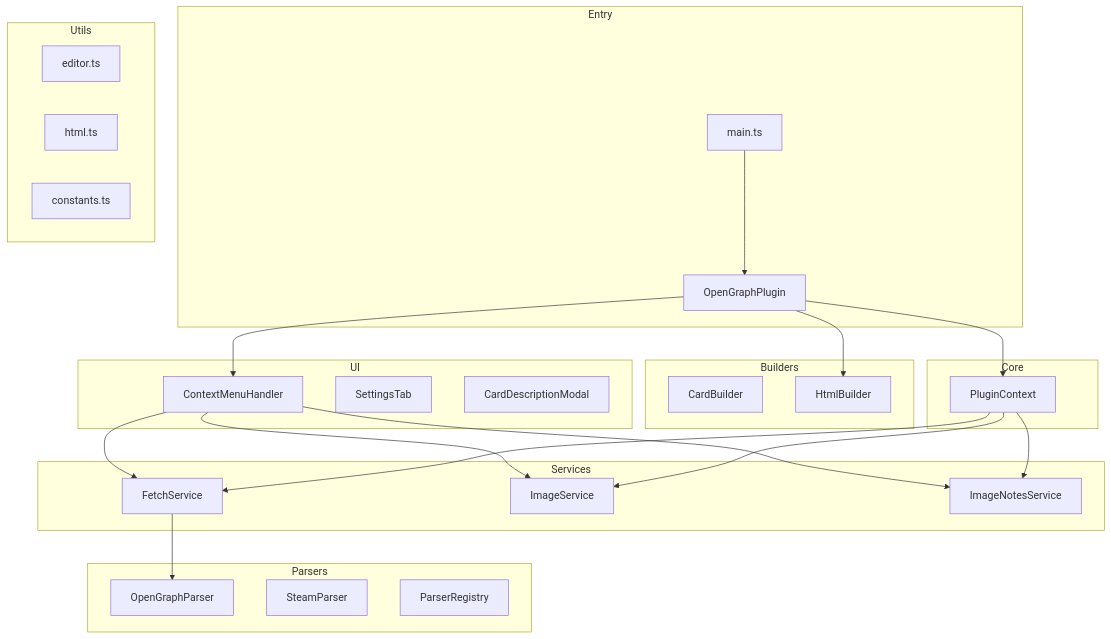
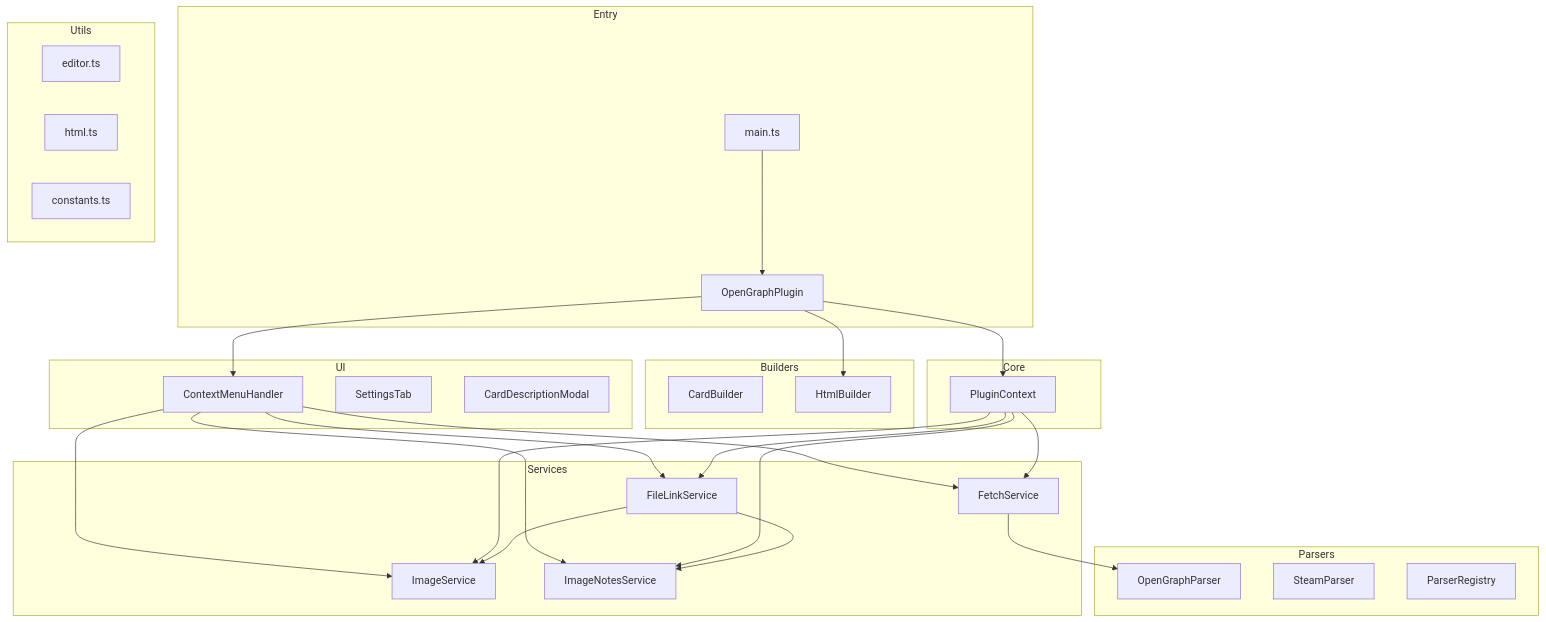
The diagram in .kilocode/rules-architect/AGENTS.md (viruseg/obsidian-open-graph-card), drawn with Mermaid before and after one commit. The commit also changed other lines of this file and 11 other files, not shown here.

````diff
--- a/.kilocode/rules-architect/AGENTS.md
+++ b/.kilocode/rules-architect/AGENTS.md
@@ -7,49 +11,54 @@
 ```mermaid
 flowchart TB
     subgraph Entry
         A[main.ts] --> B[OpenGraphPlugin]
     end
     
     subgraph Core
         B --> C[PluginContext]
     end
     
     subgraph Services
         E[FetchService]
-        F[ImageService]
-        G[ImageNotesService]
+        F[FileLinkService]
+        G[ImageService]
+        H[ImageNotesService]
     end
     
     subgraph Parsers
-        H[OpenGraphParser]
-        I[SteamParser]
-        J[ParserRegistry]
+        I[OpenGraphParser]
+        J[SteamParser]
+        K[ParserRegistry]
     end
     
     subgraph Builders
-        K[CardBuilder]
-        L[HtmlBuilder]
+        L[CardBuilder]
+        M[HtmlBuilder]
     end
     
     subgraph UI
-        M[ContextMenuHandler]
-        N[SettingsTab]
-        O[CardDescriptionModal]
+        N[ContextMenuHandler]
+        O[SettingsTab]
+        P[CardDescriptionModal]
     end
     
     subgraph Utils
-        P[editor.ts]
-        Q[html.ts]
-        R[constants.ts]
+        Q[editor.ts]
+        R[html.ts]
+        S[constants.ts]
     end
     
-    B --> M
-    M --> E
-    M --> F
-    M --> G
+    B --> N
+    N --> E
+    N --> F
+    N --> G
+    N --> H
     C --> E
     C --> F
     C --> G
-    E --> H
-    B --> L
+    C --> H
+    E --> I
+    B --> M
+    F --> G
+    F --> H
 ```
````
